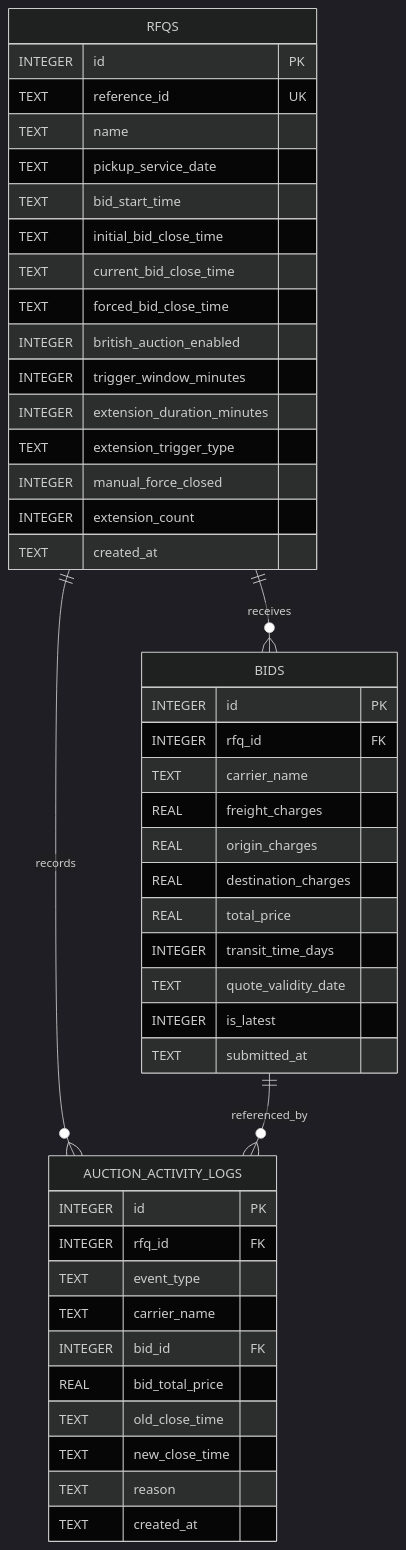
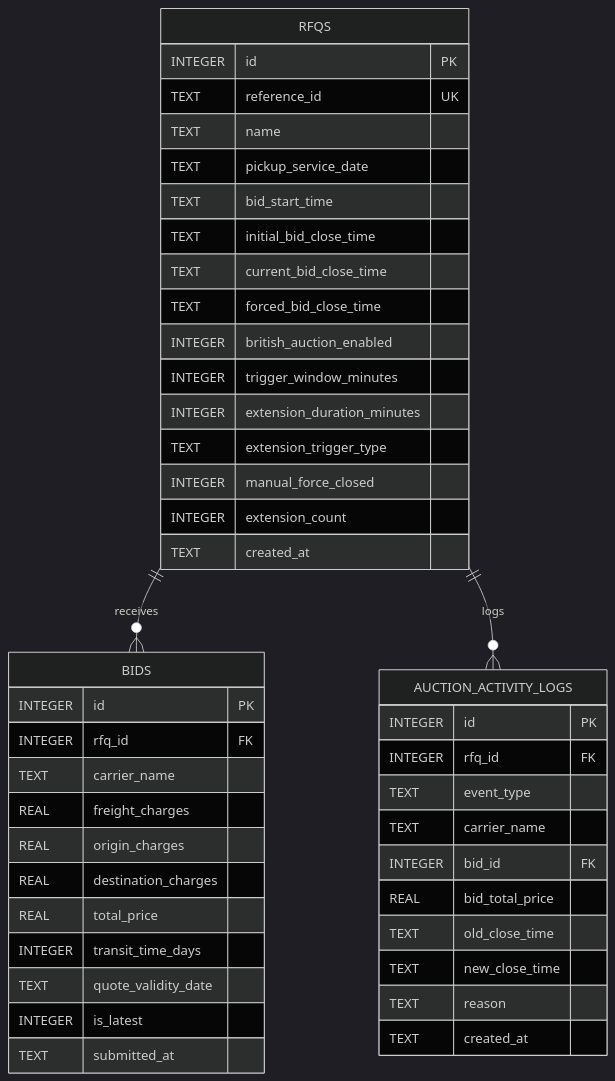
One commit to DarshanPawar17/RFQ_British_auction changed the second of 2 diagrams in README.md. Above: the diagram before and after it, drawn with Mermaid (dark theme). The commit also changed other lines of this file, not shown here.

````diff
--- a/README.md
+++ b/README.md
@@ -106,51 +63,50 @@
 ```mermaid
 erDiagram
     RFQS ||--o{ BIDS : "receives"
-    RFQS ||--o{ AUCTION_ACTIVITY_LOGS : "records"
-    BIDS ||--o{ AUCTION_ACTIVITY_LOGS : "referenced_by"
+    RFQS ||--o{ AUCTION_ACTIVITY_LOGS : "logs"
 
     RFQS {
         INTEGER id PK
         TEXT reference_id UK
         TEXT name
         TEXT pickup_service_date
         TEXT bid_start_time
         TEXT initial_bid_close_time
         TEXT current_bid_close_time
         TEXT forced_bid_close_time
         INTEGER british_auction_enabled
         INTEGER trigger_window_minutes
         INTEGER extension_duration_minutes
         TEXT extension_trigger_type
         INTEGER manual_force_closed
         INTEGER extension_count
         TEXT created_at
     }
 
     BIDS {
         INTEGER id PK
         INTEGER rfq_id FK
         TEXT carrier_name
         REAL freight_charges
         REAL origin_charges
         REAL destination_charges
         REAL total_price
         INTEGER transit_time_days
         TEXT quote_validity_date
         INTEGER is_latest
         TEXT submitted_at
     }
 
     AUCTION_ACTIVITY_LOGS {
         INTEGER id PK
         INTEGER rfq_id FK
         TEXT event_type
         TEXT carrier_name
         INTEGER bid_id FK
         REAL bid_total_price
         TEXT old_close_time
         TEXT new_close_time
         TEXT reason
         TEXT created_at
     }
 ```
````
